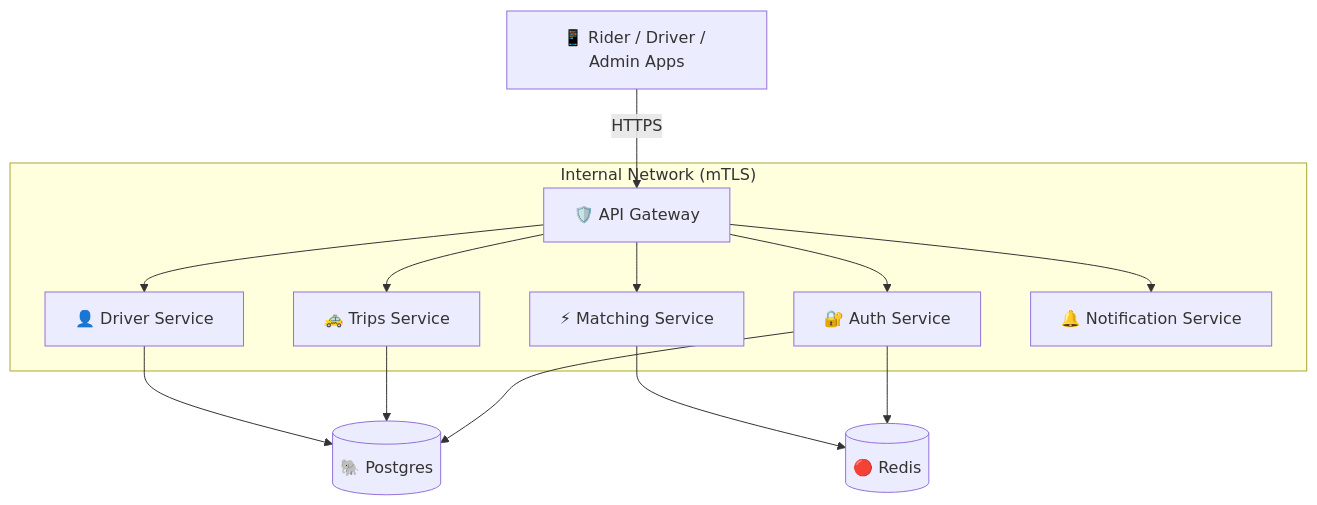
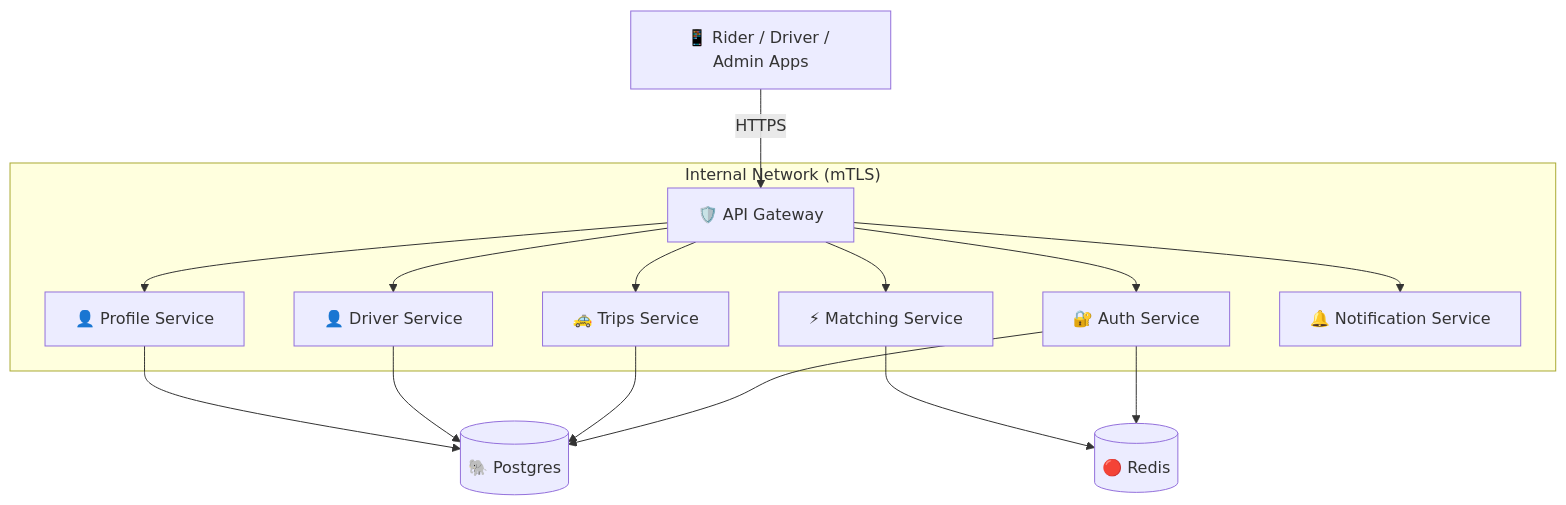
Before and after one commit to bharadwajbingi/rido-backend: the first of 2 diagrams in HIGH_LEVEL_DESIGN.md, drawn with Mermaid. The commit also changed other lines of this file and 39 other files, not shown here.

````diff
--- a/HIGH_LEVEL_DESIGN.md
+++ b/HIGH_LEVEL_DESIGN.md
@@ -19,19 +19,21 @@
 ```mermaid
 graph TD
     Client[📱 Rider / Driver / Admin Apps] -->|HTTPS| Gateway[🛡️ API Gateway]
     
     subgraph "Internal Network (mTLS)"
         Gateway --> Auth[🔐 Auth Service]
         Gateway --> Trips[🚕 Trips Service]
         Gateway --> Driver[👤 Driver Service]
         Gateway --> Match[⚡ Matching Service]
+        Gateway --> Profile[👤 Profile Service]
         Gateway --> Notif[🔔 Notification Service]
     end
 
     Auth --> DB[(🐘 Postgres)]
     Trips --> DB
     Driver --> DB
+    Profile --> DB
     
     Auth --> Cache[(🔴 Redis)]
     Match --> Cache
 ```
````
